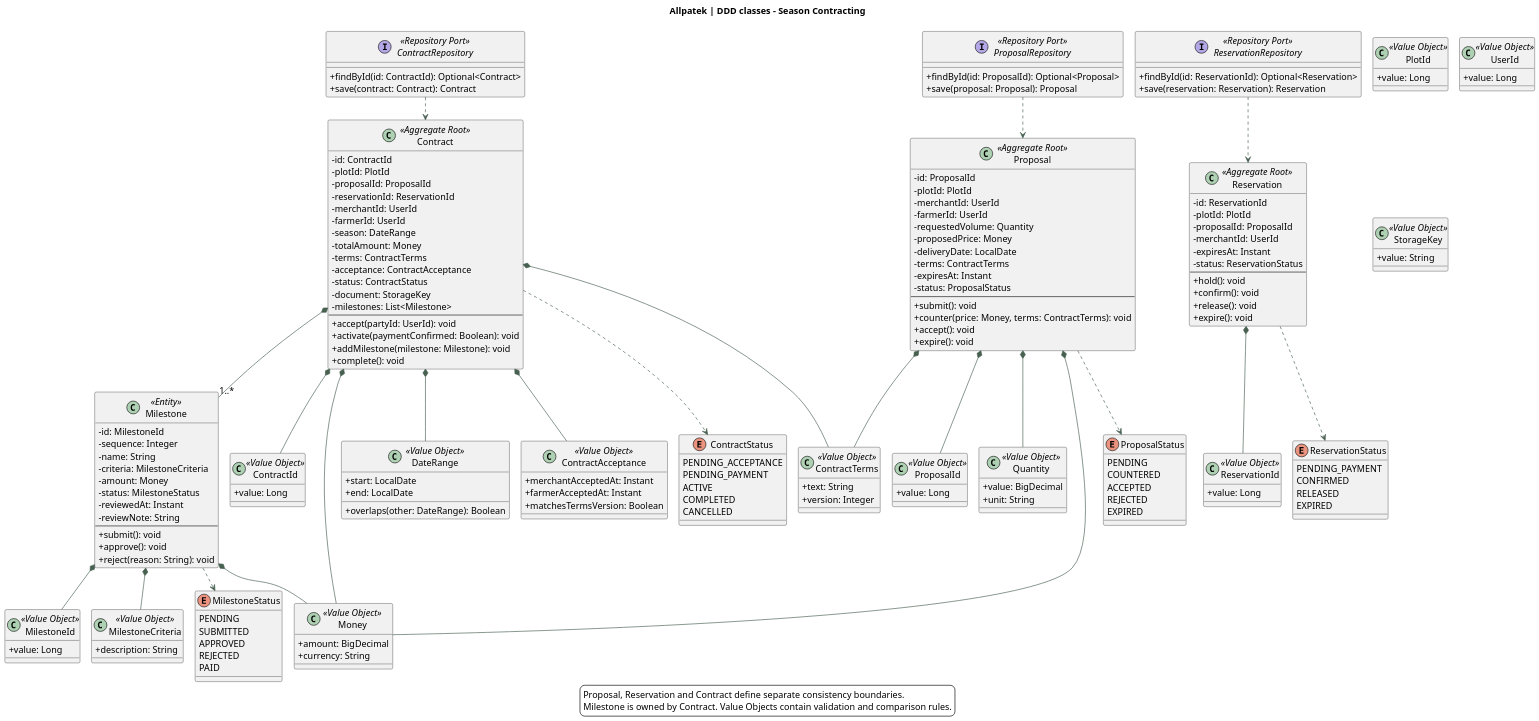
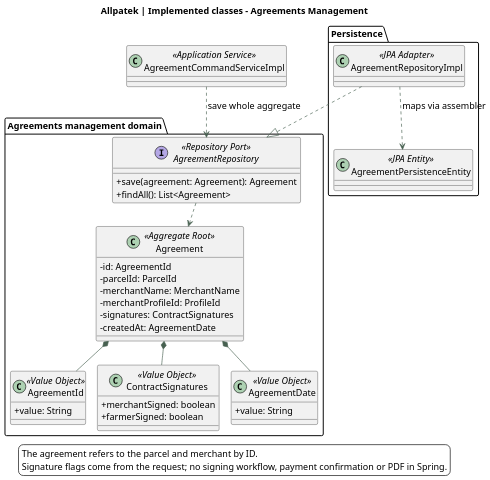
Before and after one commit to upc-pre-202620-1asi0729-7753-Terranova/allpatek-report: the diagram in assets/chapter-04/architecture/10-classes-contracts.puml, drawn with PlantUML. The commit also changed 58 other files, not shown here.

Commit message:
docs(report): align architecture diagrams and flows with implementation

```diff
--- a/assets/chapter-04/architecture/10-classes-contracts.puml
+++ b/assets/chapter-04/architecture/10-classes-contracts.puml
@@ -1,195 +1,62 @@
 @startuml
 !pragma layout smetana
 skinparam backgroundColor white
 skinparam defaultFontName SansSerif
 skinparam defaultFontSize 14
 skinparam shadowing false
 skinparam classAttributeIconSize 0
 skinparam ArrowColor #476050
 skinparam dpi 140
-title Allpatek | DDD classes - Season Contracting
+title Allpatek | Implemented classes - Agreements Management
 top to bottom direction
 
-class Proposal <<Aggregate Root>> {
- -id: ProposalId
- -plotId: PlotId
- -merchantId: UserId
- -farmerId: UserId
- -requestedVolume: Quantity
- -proposedPrice: Money
- -deliveryDate: LocalDate
- -terms: ContractTerms
- -expiresAt: Instant
- -status: ProposalStatus
- --
- +submit(): void
- +counter(price: Money, terms: ContractTerms): void
- +accept(): void
- +expire(): void
+package "Agreements management domain" {
+  class Agreement <<Aggregate Root>> {
+    -id: AgreementId
+    -parcelId: ParcelId
+    -merchantName: MerchantName
+    -merchantProfileId: ProfileId
+    -signatures: ContractSignatures
+    -createdAt: AgreementDate
+  }
+
+  class AgreementId <<Value Object>> {
+    +value: String
+  }
+
+  class ContractSignatures <<Value Object>> {
+    +merchantSigned: boolean
+    +farmerSigned: boolean
+  }
+
+  class AgreementDate <<Value Object>> {
+    +value: String
+  }
+
+  interface AgreementRepository <<Repository Port>> {
+    +save(agreement: Agreement): Agreement
+    +findAll(): List<Agreement>
+  }
+
+  Agreement *-- AgreementId
+  Agreement *-- ContractSignatures
+  Agreement *-- AgreementDate
+  AgreementRepository ..> Agreement
 }
 
-class Reservation <<Aggregate Root>> {
- -id: ReservationId
- -plotId: PlotId
- -proposalId: ProposalId
- -merchantId: UserId
- -expiresAt: Instant
- -status: ReservationStatus
- --
- +hold(): void
- +confirm(): void
- +release(): void
- +expire(): void
+class AgreementCommandServiceImpl <<Application Service>>
+AgreementCommandServiceImpl ..> AgreementRepository : save whole aggregate
+
+package "Persistence" {
+  class AgreementRepositoryImpl <<JPA Adapter>>
+  class AgreementPersistenceEntity <<JPA Entity>>
+
+  AgreementRepositoryImpl ..> AgreementPersistenceEntity : maps via assembler
 }
-
-class Contract <<Aggregate Root>> {
- -id: ContractId
- -plotId: PlotId
- -proposalId: ProposalId
- -reservationId: ReservationId
- -merchantId: UserId
- -farmerId: UserId
- -season: DateRange
- -totalAmount: Money
- -terms: ContractTerms
- -acceptance: ContractAcceptance
- -status: ContractStatus
- -document: StorageKey
- -milestones: List<Milestone>
- --
- +accept(partyId: UserId): void
- +activate(paymentConfirmed: Boolean): void
- +addMilestone(milestone: Milestone): void
- +complete(): void
-}
-
-class Milestone <<Entity>> {
- -id: MilestoneId
- -sequence: Integer
- -name: String
- -criteria: MilestoneCriteria
- -amount: Money
- -status: MilestoneStatus
- -reviewedAt: Instant
- -reviewNote: String
- --
- +submit(): void
- +approve(): void
- +reject(reason: String): void
-}
-
-class ProposalId <<Value Object>> {
- +value: Long
-}
-class ReservationId <<Value Object>> {
- +value: Long
-}
-class ContractId <<Value Object>> {
- +value: Long
-}
-class MilestoneId <<Value Object>> {
- +value: Long
-}
-class PlotId <<Value Object>> {
- +value: Long
-}
-class UserId <<Value Object>> {
- +value: Long
-}
-class Quantity <<Value Object>> {
- +value: BigDecimal
- +unit: String
-}
-class Money <<Value Object>> {
- +amount: BigDecimal
- +currency: String
-}
-class DateRange <<Value Object>> {
- +start: LocalDate
- +end: LocalDate
- +overlaps(other: DateRange): Boolean
-}
-class ContractTerms <<Value Object>> {
- +text: String
- +version: Integer
-}
-class ContractAcceptance <<Value Object>> {
- +merchantAcceptedAt: Instant
- +farmerAcceptedAt: Instant
- +matchesTermsVersion: Boolean
-}
-class MilestoneCriteria <<Value Object>> {
- +description: String
-}
-class StorageKey <<Value Object>> {
- +value: String
-}
-
-enum ProposalStatus {
- PENDING
- COUNTERED
- ACCEPTED
- REJECTED
- EXPIRED
-}
-enum ReservationStatus {
- PENDING_PAYMENT
- CONFIRMED
- RELEASED
- EXPIRED
-}
-enum ContractStatus {
- PENDING_ACCEPTANCE
- PENDING_PAYMENT
- ACTIVE
- COMPLETED
- CANCELLED
-}
-enum MilestoneStatus {
- PENDING
- SUBMITTED
- APPROVED
- REJECTED
- PAID
-}
-
-interface ProposalRepository <<Repository Port>> {
- +findById(id: ProposalId): Optional<Proposal>
- +save(proposal: Proposal): Proposal
-}
-interface ReservationRepository <<Repository Port>> {
- +findById(id: ReservationId): Optional<Reservation>
- +save(reservation: Reservation): Reservation
-}
-interface ContractRepository <<Repository Port>> {
- +findById(id: ContractId): Optional<Contract>
- +save(contract: Contract): Contract
-}
-
-Proposal *-- ProposalId
-Proposal *-- Money
-Proposal *-- Quantity
-Proposal *-- ContractTerms
-Reservation *-- ReservationId
-Contract *-- ContractId
-Contract *-- DateRange
-Contract *-- Money
-Contract *-- ContractTerms
-Contract *-- ContractAcceptance
-Contract *-- "1..*" Milestone
-Milestone *-- MilestoneId
-Milestone *-- MilestoneCriteria
-Milestone *-- Money
-Proposal ..> ProposalStatus
-Reservation ..> ReservationStatus
-Contract ..> ContractStatus
-Milestone ..> MilestoneStatus
-ProposalRepository ..> Proposal
-ReservationRepository ..> Reservation
-ContractRepository ..> Contract
+AgreementRepositoryImpl ..|> AgreementRepository
 
 legend bottom
-Proposal, Reservation and Contract define separate consistency boundaries.
-Milestone is owned by Contract. Value Objects contain validation and comparison rules.
+The agreement refers to the parcel and merchant by ID.
+Signature flags come from the request; no signing workflow, payment confirmation or PDF in Spring.
 endlegend
 @enduml
```
